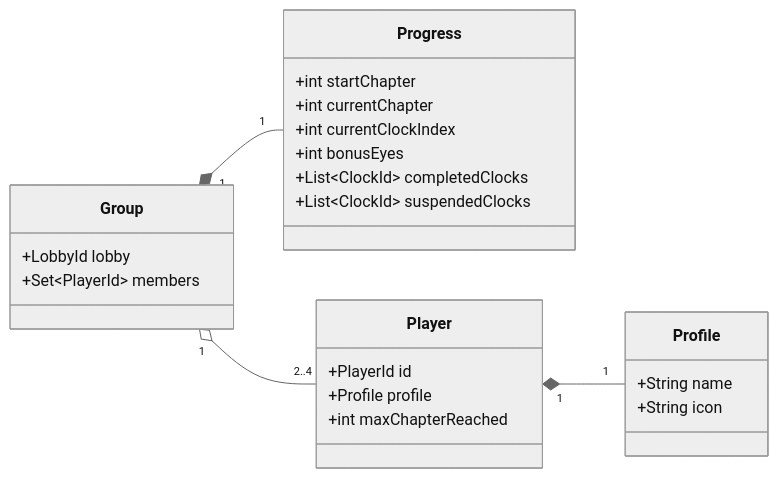
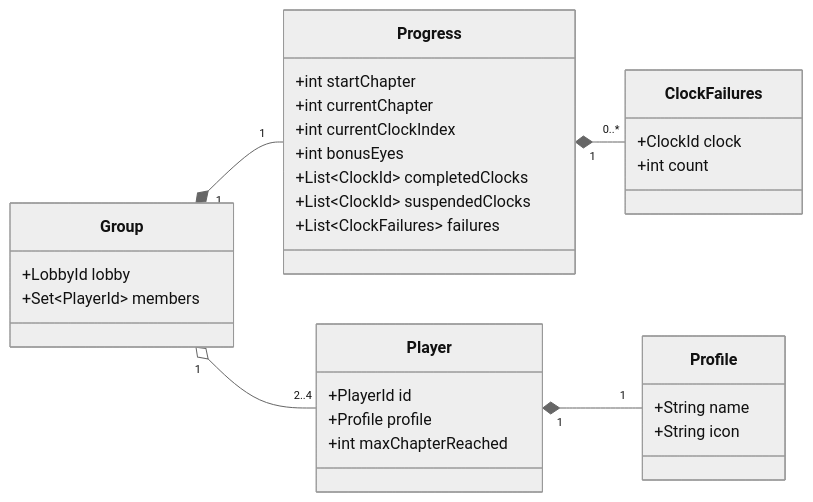
The third of 3 diagrams in docs/diagrams/domain-model.md (mpaitier/quarter-bells), drawn with Mermaid (neutral theme) before and after one commit. The commit also changed other lines of this file and 6 other files, not shown here.

````diff
--- a/docs/diagrams/domain-model.md
+++ b/docs/diagrams/domain-model.md
@@ -147,33 +148,40 @@
 ```mermaid
 classDiagram
     direction LR
 
     class Group {
         +LobbyId lobby
         +Set~PlayerId~ members
     }
 
     class Progress {
         +int startChapter
         +int currentChapter
         +int currentClockIndex
         +int bonusEyes
         +List~ClockId~ completedClocks
         +List~ClockId~ suspendedClocks
+        +List~ClockFailures~ failures
+    }
+
+    class ClockFailures {
+        +ClockId clock
+        +int count
     }
 
     class Player {
         +PlayerId id
         +Profile profile
         +int maxChapterReached
     }
 
     class Profile {
         +String name
         +String icon
     }
 
     Group "1" *-- "1" Progress
+    Progress "1" *-- "0..*" ClockFailures
     Group "1" o-- "2..4" Player
     Player "1" *-- "1" Profile
 ```
````
